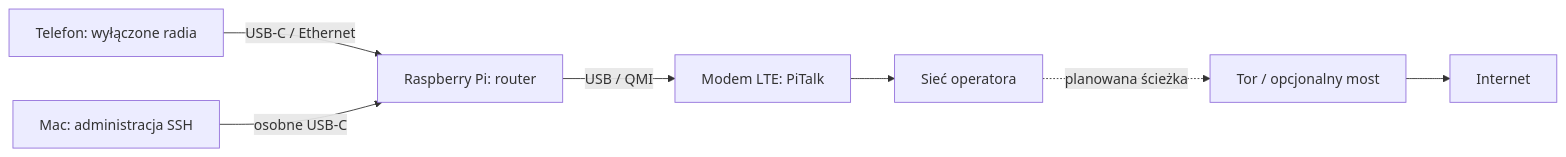
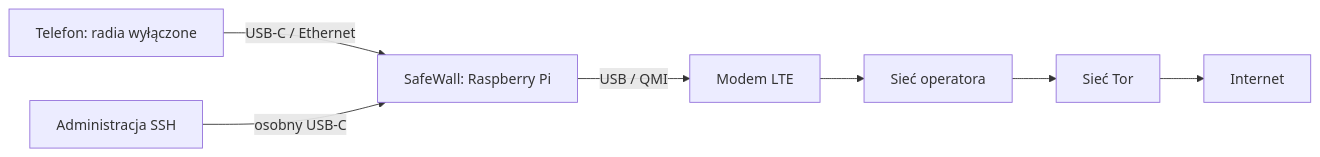
The diagram in README.md (Mikformatycy/SafeWall), drawn with Mermaid before and after one commit. The commit also changed other lines of this file and 399 other files, not shown here.

First line of the commit message:
Zaktualizuj SafeWall: dashboard, dokumentacja, CAD i materiały projektu

````diff
--- a/README.md
+++ b/README.md
@@ -11,9 +42,9 @@
 ```mermaid
 flowchart LR
-    A[Telefon: wyłączone radia] -->|USB-C / Ethernet| B[Raspberry Pi: router]
-    B -->|USB / QMI| C[Modem LTE: PiTalk]
+    A[Telefon: radia wyłączone] -->|USB-C / Ethernet| B[SafeWall: Raspberry Pi]
+    B -->|USB / QMI| C[Modem LTE]
     C --> D[Sieć operatora]
-    D -. planowana ścieżka .-> E[Tor / opcjonalny most]
+    D --> E[Sieć Tor]
     E --> F[Internet]
-    M[Mac: administracja SSH] -->|osobne USB-C| B
+    M[Administracja SSH] -->|osobny USB-C| B
 ```
````
